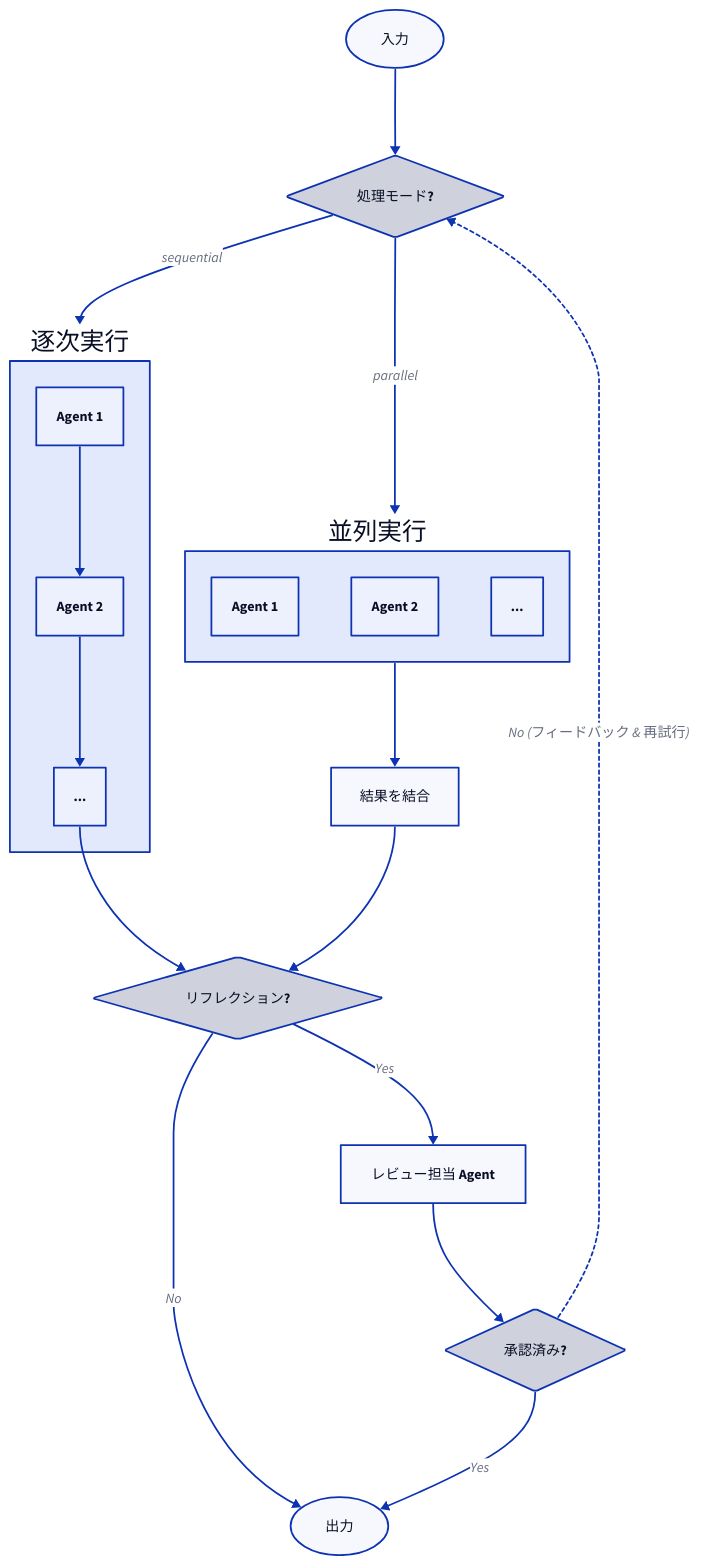
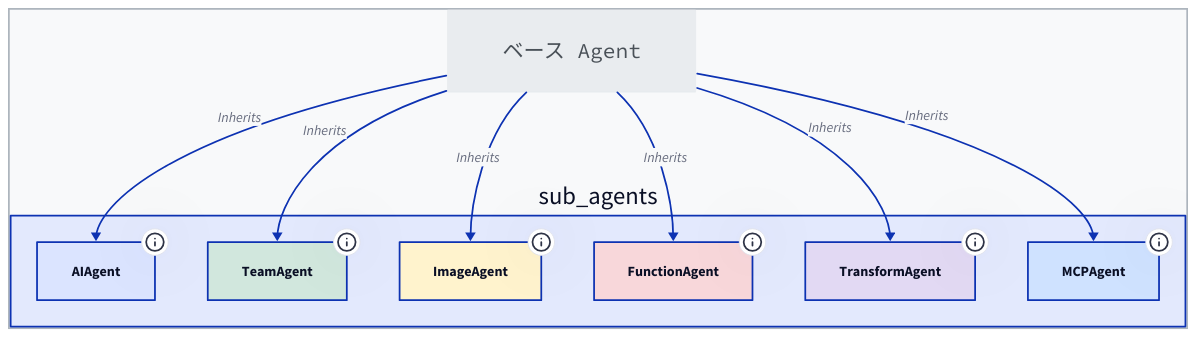
One commit to AIGNE-io/aigne-framework changed the diagram in .aigne/doc-smith/docs/developer-guide-agents.ja.md. Above: the diagram before and after it, drawn with D2. The commit also changed other lines of this file and 191 other files, not shown here.

````diff
--- a/.aigne/doc-smith/docs/developer-guide-agents.ja.md
+++ b/.aigne/doc-smith/docs/developer-guide-agents.ja.md
@@ -16,61 +7,58 @@
 ```d2
 direction: down
-
-入力: { shape: oval }
-
-モード選択: {
-  label: "処理モード?"
-  shape: diamond
+style: {
+  font-size: 14
+  stroke-width: 2
+  fill: "#f8f9fa"
+  stroke: "#adb5bd"
 }
 
-逐次実行: {
-  label: "逐次実行"
-  Agent-1: "Agent 1"
-  Agent-2: "Agent 2"
-  Agent-N: "..."
-  Agent-1 -> Agent-2 -> Agent-N
+Agent: {
+  label: "ベース Agent"
+  shape: class
+  style: {
+    fill: "#e9ecef"
+    stroke: "#495057"
+  }
 }
 
-並列実行: {
-  label: "並列実行"
-  p-agent-1: "Agent 1"
-  p-agent-2: "Agent 2"
-  p-agent-n: "..."
+sub_agents: {
+  AIAgent: {
+    label: "AIAgent"
+    tooltip: "言語モデルと対話します"
+    style: { fill: "#dbe4ff" }
+  }
+  TeamAgent: {
+    label: "TeamAgent"
+    tooltip: "複数の Agent をオーケストレートします"
+    style: { fill: "#d1e7dd" }
+  }
+  ImageAgent: {
+    label: "ImageAgent"
+    tooltip: "画像を生成します"
+    style: { fill: "#fff3cd" }
+  }
+  FunctionAgent: {
+    label: "FunctionAgent"
+    tooltip: "カスタムコードをラップします"
+    style: { fill: "#f8d7da" }
+  }
+  TransformAgent: {
+    label: "TransformAgent"
+    tooltip: "データマッピングを実行します"
+    style: { fill: "#e2d9f3" }
+  }
+  MCPAgent: {
+    label: "MCPAgent"
+    tooltip: "外部の MCP システムに接続します"
+    style: { fill: "#cfe2ff" }
+  }
 }
 
-結果の結合: "結果を結合"
-
-リフレクションチェック: {
-  label: "リフレクション?"
-  shape: diamond
-}
-
-レビュー担当: {
-  label: "レビュー担当 Agent"
-}
-
-承認チェック: {
-  label: "承認済み?"
-  shape: diamond
-}
-
-出力: { shape: oval }
-
-入力 -> モード選択
-
-モード選択 -> 逐次実行: "sequential"
-モード選択 -> 並列実行: "parallel"
-
-逐次実行.Agent-N -> リフレクションチェック
-並列実行 -> 結果の結合
-結果の結合 -> リフレクションチェック
-
-リフレクションチェック -> 出力: "No"
-リフレクションチェック -> レビュー担当: "Yes"
-
-レビュー担当 -> 承認チェック
-承認チェック -> 出力: "Yes"
-承認チェック -> モード選択: "No (フィードバック & 再試行)" {
-  style.stroke-dash: 2
-}
+Agent -> sub_agents.AIAgent: Inherits
+Agent -> sub_agents.TeamAgent: Inherits
+Agent -> sub_agents.ImageAgent: Inherits
+Agent -> sub_agents.FunctionAgent: Inherits
+Agent -> sub_agents.TransformAgent: Inherits
+Agent -> sub_agents.MCPAgent: Inherits
 ```
````
